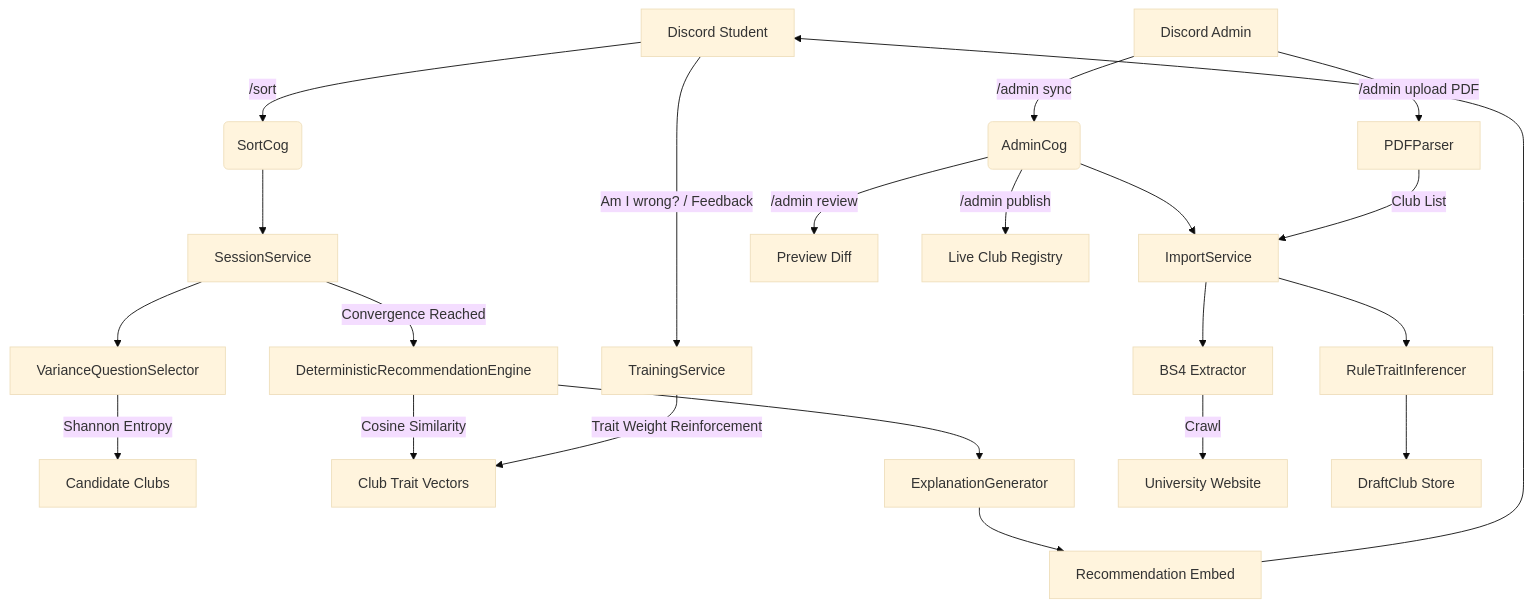
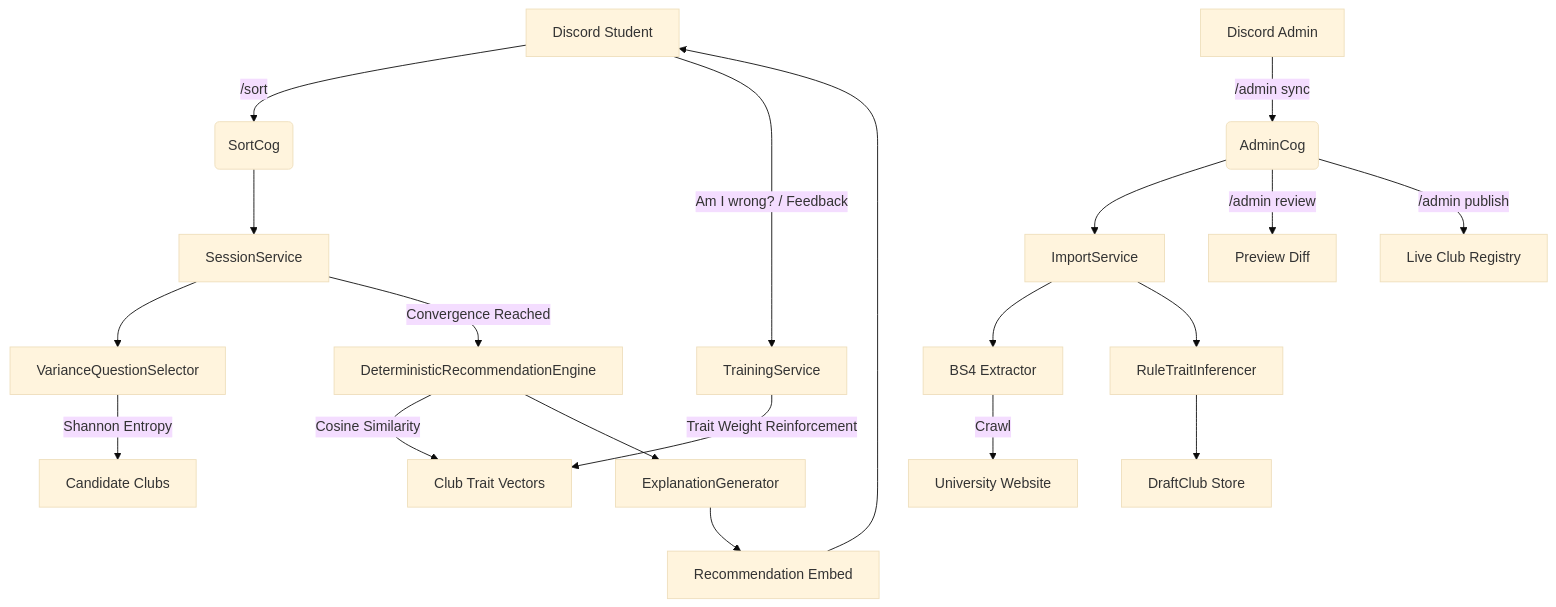
Before and after one commit to sorts-me/Discord: the diagram in README.md, drawn with Mermaid (base theme). The commit also changed other lines of this file and 35 other files, not shown here.

Commit message:
fix(discord): recover standalone Mahindra bot architecture from pre-Supabase state

````diff
--- a/README.md
+++ b/README.md
@@ -69,27 +48,24 @@
 ```mermaid
 graph TD
     A[Discord Student] -->|/sort| B(SortCog)
     B --> C[SessionService]
     C --> D[VarianceQuestionSelector]
     D -->|Shannon Entropy| E[Candidate Clubs]
     C -->|Convergence Reached| F[DeterministicRecommendationEngine]
     F -->|Cosine Similarity| G[Club Trait Vectors]
     F --> H[ExplanationGenerator]
     H --> I[Recommendation Embed]
     I --> A
 
     A -->|Am I wrong? / Feedback| J[TrainingService]
     J -->|Trait Weight Reinforcement| G
 
     K[Discord Admin] -->|/admin sync| L(AdminCog)
     L --> M[ImportService]
     M --> N[BS4 Extractor]
     N -->|Crawl| O[University Website]
     M --> P[RuleTraitInferencer]
     P --> Q[DraftClub Store]
     L -->|/admin review| R[Preview Diff]
     L -->|/admin publish| S[Live Club Registry]
-
-    K -->|/admin upload PDF| T[PDFParser]
-    T -->|Club List| M
 ```
````
